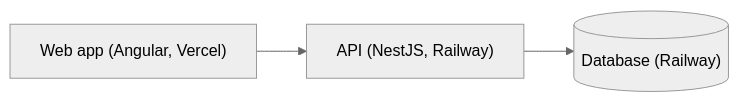
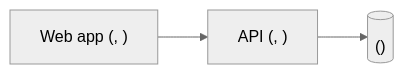
One commit to Solonious/idea-to-issues changed the diagram in skills/blueprint/references/blueprint-template.md. Above: the diagram before and after it, drawn with Mermaid (neutral theme). The commit also changed other lines of this file and 4 other files, not shown here.

````diff
--- a/skills/blueprint/references/blueprint-template.md
+++ b/skills/blueprint/references/blueprint-template.md
@@ -21,5 +9,5 @@
 ```mermaid
 flowchart LR
-  web["Web app (Angular, Vercel)"] --> api["API (NestJS, Railway)"]
-  api --> db[("Database (Railway)")]
+  web["Web app (<web-framework>, <web-hosting>)"] --> api["API (<api-framework>, <api-hosting>)"]
+  api --> db[("<database-engine> (<database-hosting>)")]
 ```
````
